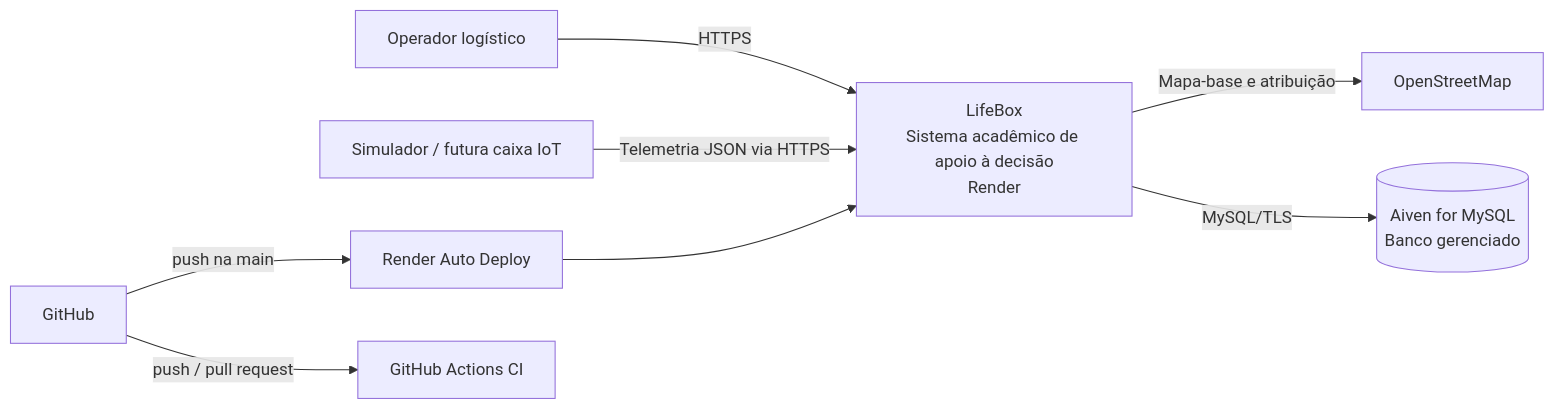
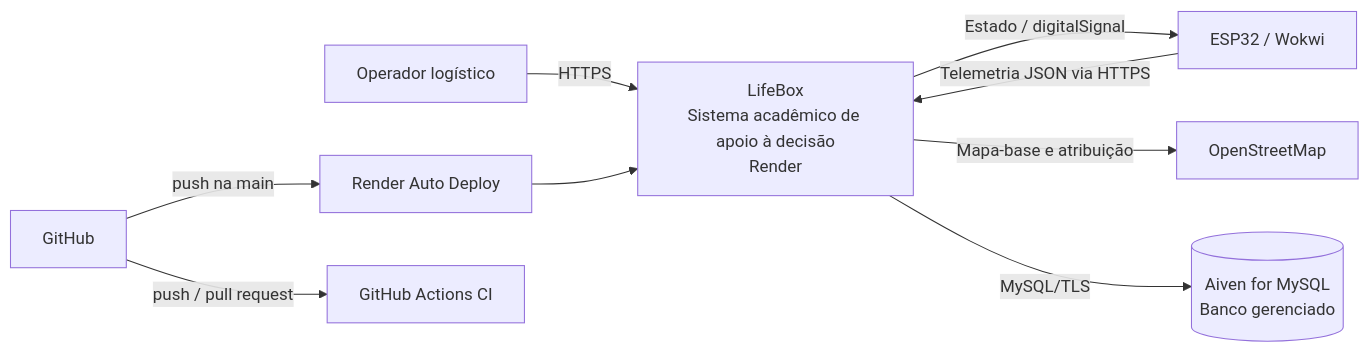
Before and after one commit to sandrozdb/lifebox-smart-organ-transport: the first of 4 diagrams in docs/architecture.md, drawn with Mermaid. The commit also changed other lines of this file and 20 other files, not shown here.

````diff
--- a/docs/architecture.md
+++ b/docs/architecture.md
@@ -7,10 +7,11 @@
 ```mermaid
 flowchart LR
   OP[Operador logístico] -->|HTTPS| LB[LifeBox\nSistema acadêmico de apoio à decisão\nRender]
-  SIM[Simulador / futura caixa IoT] -->|Telemetria JSON via HTTPS| LB
+  ESP[ESP32 / Wokwi] -->|Telemetria JSON via HTTPS| LB
+  LB -->|Estado / digitalSignal| ESP
   LB -->|Mapa-base e atribuição| OSM[OpenStreetMap]
   LB -->|MySQL/TLS| DATA[(Aiven for MySQL\nBanco gerenciado)]
   GH[GitHub] -->|push na main| RENDER[Render Auto Deploy]
   GH -->|push / pull request| CI[GitHub Actions CI]
   RENDER --> LB
 ```
````
